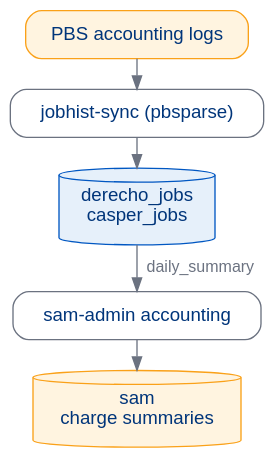
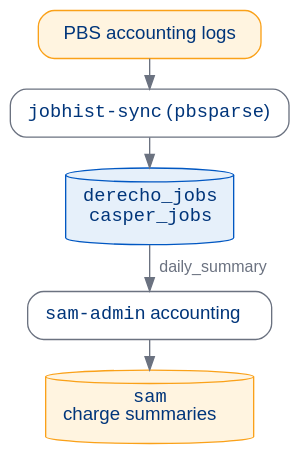
Before and after one commit to benkirk/sam-queries: the diagram in docs/presentations/samuel/_A-peers.qmd, drawn with Graphviz. The commit also changed other lines of this file and 63 other files, not shown here.

````diff
--- a/docs/presentations/samuel/_A-peers.qmd
+++ b/docs/presentations/samuel/_A-peers.qmd
@@ -46,17 +46,17 @@
 ```{dot}
 //| fig-width: 3.2
 digraph Jobs {
   graph [rankdir=TB, nodesep=0.3, ranksep=0.3, bgcolor="transparent"];
   node  [shape=box, style="rounded,filled", fontname="Helvetica", fontsize=14,
          fillcolor="#FFFFFF", color="#6B7280", fontcolor="#00357A", margin="0.18,0.08"];
   edge  [fontname="Helvetica", fontsize=12, color="#6B7280", fontcolor="#6B7280"];
   logs  [label="PBS accounting logs", fillcolor="#FFF4E0", color="#FAA119"];
-  sync  [label="jobhist-sync (pbsparse)"];
-  jobs  [label="derecho_jobs\ncasper_jobs", shape=cylinder, fillcolor="#E6F0FA", color="#0057C2"];
-  acct  [label="sam-admin accounting"];
-  sam   [label="sam\ncharge summaries", shape=cylinder, fillcolor="#FFF4E0", color="#FAA119"];
+  sync  [label=<<FONT FACE="Courier">jobhist-sync</FONT>&#160;(<FONT FACE="Courier">pbsparse</FONT>)>];
+  jobs  [label=<<FONT FACE="Courier">derecho_jobs</FONT><BR/><FONT FACE="Courier">casper_jobs</FONT>>, shape=cylinder, fillcolor="#E6F0FA", color="#0057C2"];
+  acct  [label=<<FONT FACE="Courier">sam-admin</FONT>&#160;accounting>];
+  sam   [label=<<FONT FACE="Courier">sam</FONT><BR/>charge summaries>, shape=cylinder, fillcolor="#FFF4E0", color="#FAA119"];
   logs -> sync -> jobs;
   jobs -> acct [label=" daily_summary"];
   acct -> sam;
 }
 ```
````
